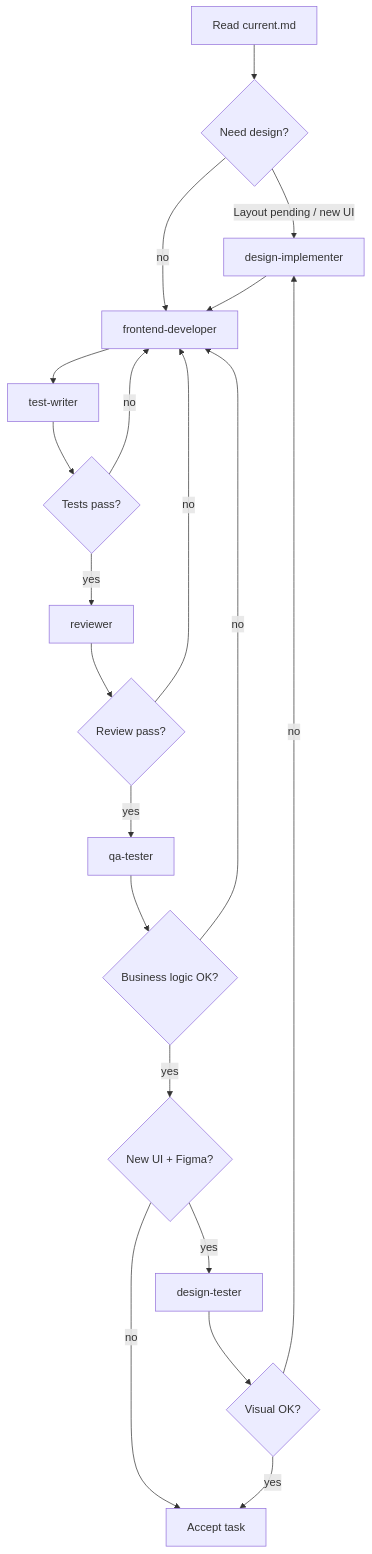
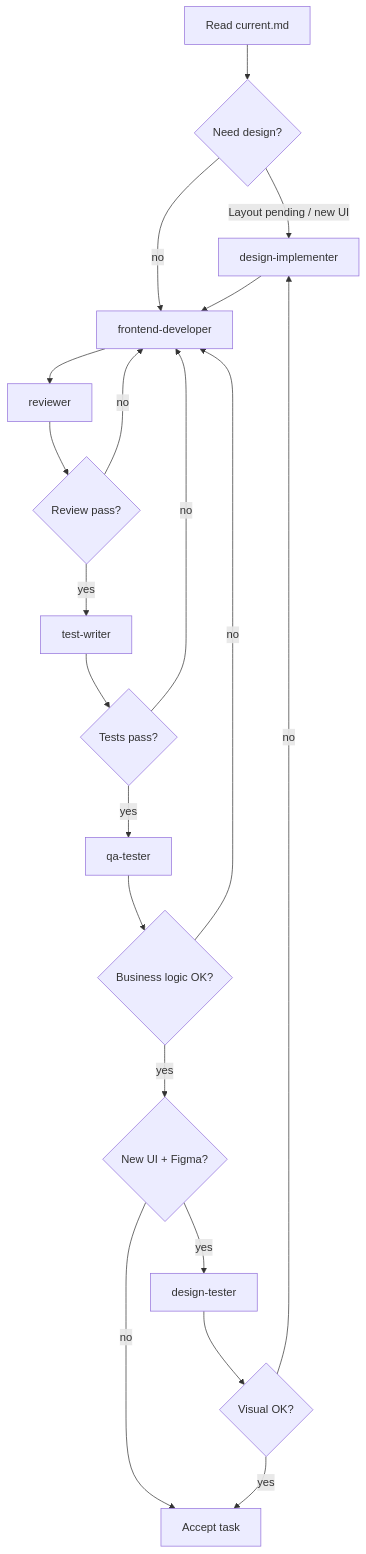
Before and after one commit to white5pace/bura-helper: the diagram in .cursor/skills/team-orchestrator/SKILL.md, drawn with Mermaid. The commit also changed other lines of this file and 13 other files, not shown here.

````diff
--- a/.cursor/skills/team-orchestrator/SKILL.md
+++ b/.cursor/skills/team-orchestrator/SKILL.md
@@ -34,22 +34,22 @@
 ```mermaid
 flowchart TD
   START[Read current.md] --> DI{Need design?}
   DI -->|Layout pending / new UI| DI_A[design-implementer]
   DI -->|no| FE[frontend-developer]
   DI_A --> FE
-  FE --> TW[test-writer]
+  FE --> REV[reviewer]
+  REV --> RF{Review pass?}
+  RF -->|no| FE
+  RF -->|yes| TW[test-writer]
   TW --> TF{Tests pass?}
   TF -->|no| FE
-  TF -->|yes| REV[reviewer]
-  REV --> RF{Review pass?}
-  RF -->|no| FE
-  RF -->|yes| QA[qa-tester]
+  TF -->|yes| QA[qa-tester]
   QA --> QF{Business logic OK?}
   QF -->|no| FE
   QF -->|yes| DT{New UI + Figma?}
   DT -->|yes| DT_A[design-tester]
   DT -->|no| DONE[Accept task]
   DT_A --> DF{Visual OK?}
   DF -->|no| DI_A
   DF -->|yes| DONE
 ```
````
